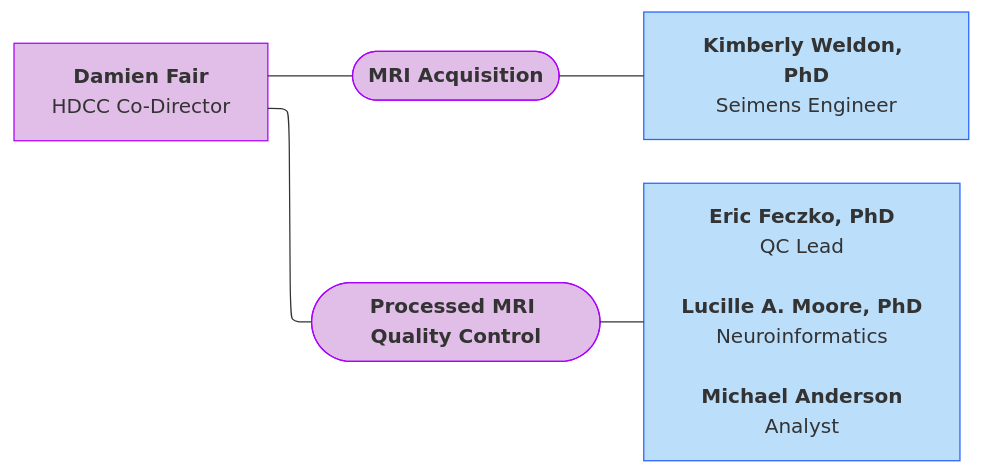
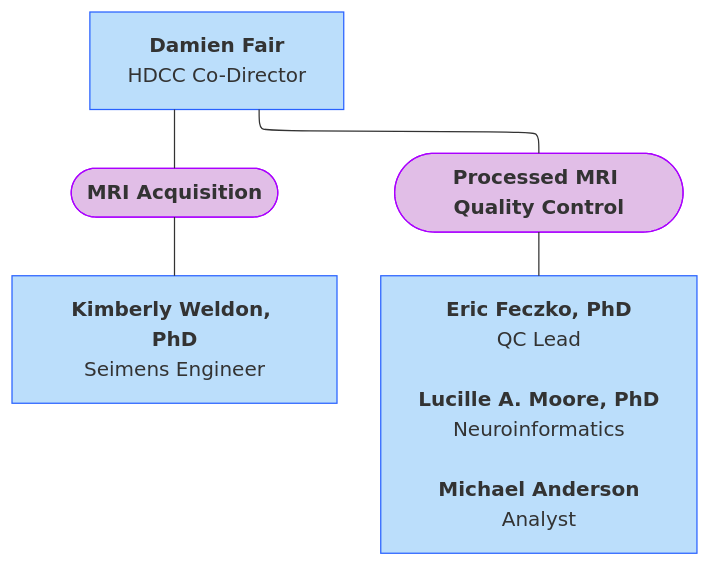
The third of 12 diagrams in docs/orgcharts.md (DCAN-Labs/hbcd-docs-internal), drawn with Mermaid before and after one commit. The commit also changed other lines of this file, not shown here.

Commit message:
restyle CDNI org chart

````diff
--- a/docs/orgcharts.md
+++ b/docs/orgcharts.md
@@ -126,16 +126,16 @@
 ```mermaid
 ---
 config:
   layout: elk
 ---
-flowchart LR
+flowchart TB
     CDNI["<b>Damien Fair</b><br>HDCC Co-Director"] --- n2(["<b>MRI Acquisition</b>"]) & n5(["<b>Processed MRI Quality Control</b>"])
     n2 --- n4["<b>Kimberly Weldon, PhD</b><br>Seimens Engineer"]
     n5 --- n6["<b>Eric Feczko, PhD</b><br>QC Lead<br><br><b>Lucille A. Moore, PhD</b><br>Neuroinformatics<br>
     <b>Michael Anderson</b><br>Analyst"]
-    style CDNI fill:#E1BEE7,stroke:#AA00FF
+    style CDNI fill:#BBDEFB,stroke:#2962FF
     style n2 fill:#E1BEE7,stroke:#AA00FF
     style n5 fill:#E1BEE7,stroke:#AA00FF
     style n4 fill:#BBDEFB,stroke:#2962FF
     style n6 fill:#BBDEFB,stroke:#2962FF
 ```
````
